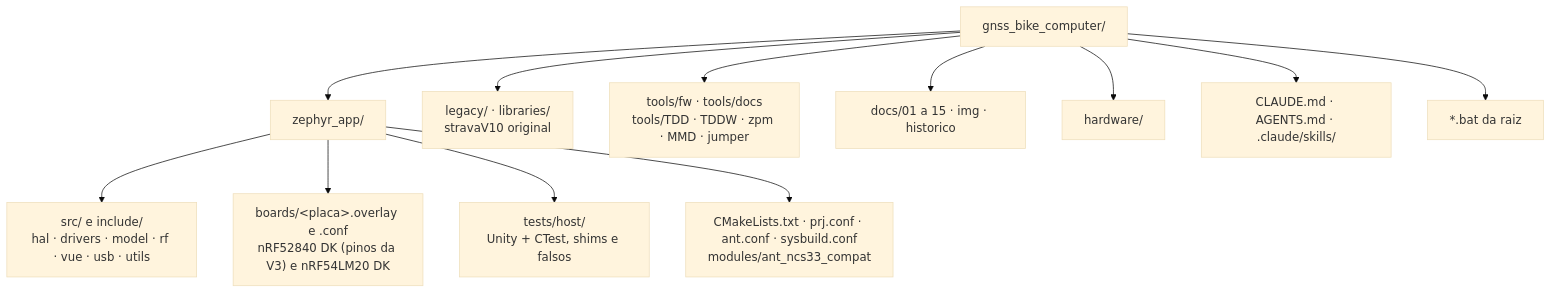
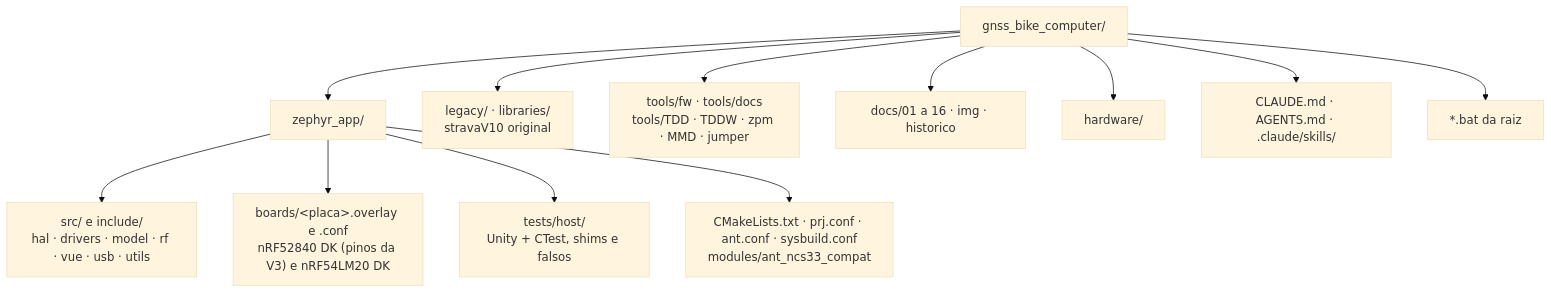
The first of 2 diagrams in CLAUDE.md (Guiimartinho/gnss-bike-computer), drawn with Mermaid (base theme) before and after one commit. The commit also changed other lines of this file and 7 other files, not shown here.

First line of the commit message:
docs(docs): plan the firmware architecture and state machines

````diff
--- a/CLAUDE.md
+++ b/CLAUDE.md
@@ -58,15 +58,15 @@
 ```mermaid
 flowchart TB
     ROOT["gnss_bike_computer/"]
     ROOT --> ZA["zephyr_app/"]
     ZA --> ZS["src/ e include/<br/>hal · drivers · model · rf · vue · usb · utils"]
     ZA --> ZB["boards/&lt;placa&gt;.overlay e .conf<br/>nRF52840 DK (pinos da V3) e nRF54LM20 DK"]
     ZA --> ZT["tests/host/<br/>Unity + CTest, shims e falsos"]
     ZA --> ZC["CMakeLists.txt · prj.conf · ant.conf · sysbuild.conf<br/>modules/ant_ncs33_compat"]
     ROOT --> LEG["legacy/ · libraries/<br/>stravaV10 original"]
     ROOT --> TOOLS["tools/fw · tools/docs<br/>tools/TDD · TDDW · zpm · MMD · jumper"]
-    ROOT --> DOCS["docs/01 a 15 · img · historico"]
+    ROOT --> DOCS["docs/01 a 16 · img · historico"]
     ROOT --> HW["hardware/"]
     ROOT --> AI["CLAUDE.md · AGENTS.md · .claude/skills/"]
     ROOT --> BAT["*.bat da raiz"]
 ```
````
